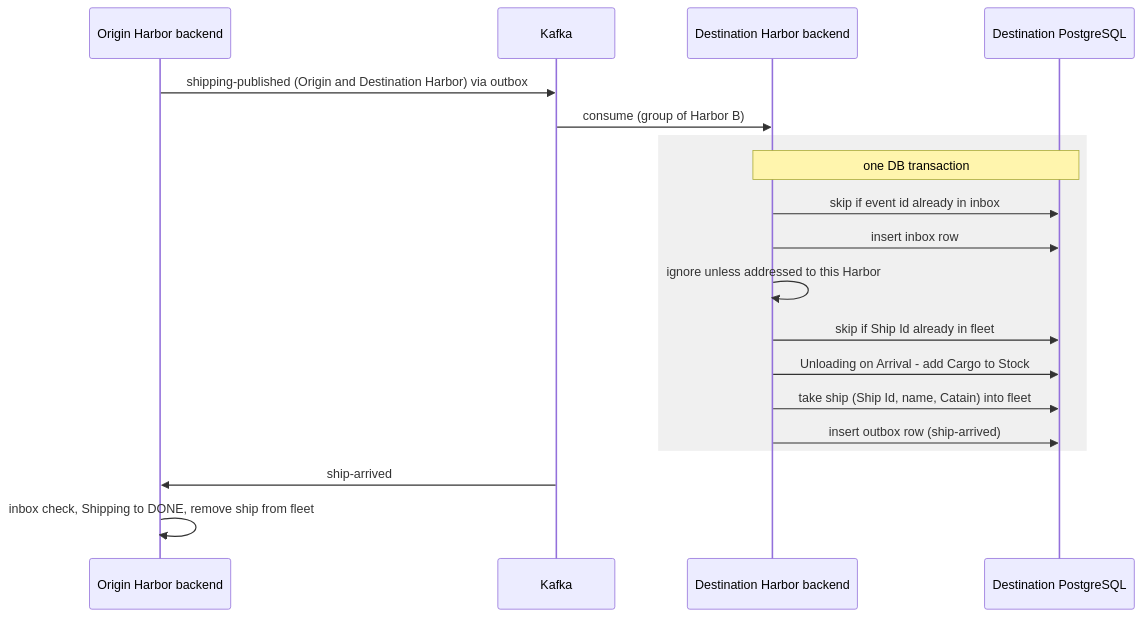
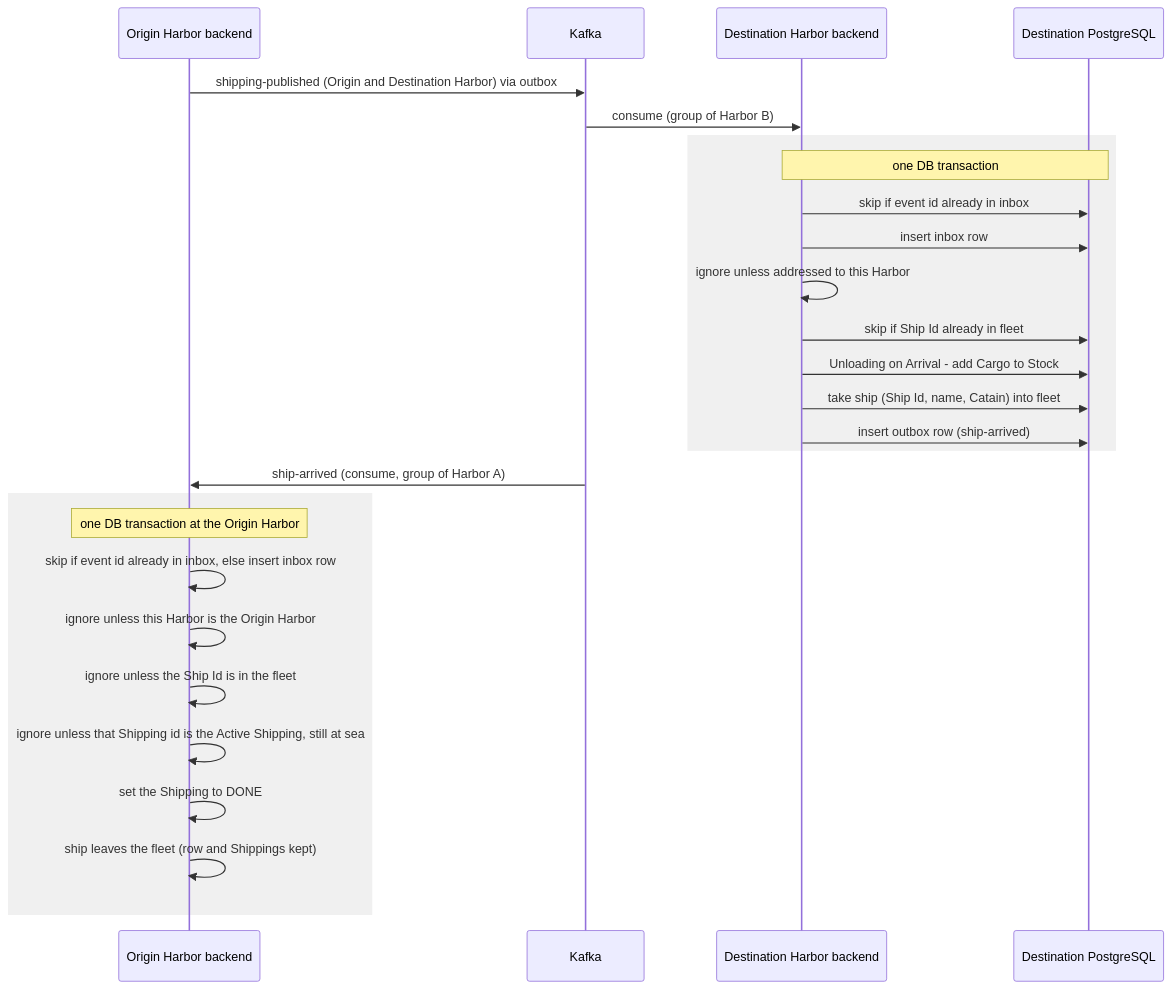
Before and after one commit to maurizio100/ddd-ship: the fourth of 5 diagrams in docs/arc42/06-runtime.md, drawn with Mermaid. The commit also changed other lines of this file and 3 other files, not shown here.

First line of the commit message:
docs: document the end of the voyage at the Origin Harbor

````diff
--- a/docs/arc42/06-runtime.md
+++ b/docs/arc42/06-runtime.md
@@ -79,21 +88,29 @@
 ```mermaid
 sequenceDiagram
     participant A as Origin Harbor backend
     participant K as Kafka
     participant B as Destination Harbor backend
     participant DBB as Destination PostgreSQL
     A->>K: shipping-published (Origin and Destination Harbor) via outbox
     K->>B: consume (group of Harbor B)
     rect rgb(240,240,240)
     Note over B,DBB: one DB transaction
     B->>DBB: skip if event id already in inbox
     B->>DBB: insert inbox row
     B->>B: ignore unless addressed to this Harbor
     B->>DBB: skip if Ship Id already in fleet
     B->>DBB: Unloading on Arrival - add Cargo to Stock
     B->>DBB: take ship (Ship Id, name, Catain) into fleet
     B->>DBB: insert outbox row (ship-arrived)
     end
-    K->>A: ship-arrived
-    A->>A: inbox check, Shipping to DONE, remove ship from fleet
+    K->>A: ship-arrived (consume, group of Harbor A)
+    rect rgb(240,240,240)
+    Note over A: one DB transaction at the Origin Harbor
+    A->>A: skip if event id already in inbox, else insert inbox row
+    A->>A: ignore unless this Harbor is the Origin Harbor
+    A->>A: ignore unless the Ship Id is in the fleet
+    A->>A: ignore unless that Shipping id is the Active Shipping, still at sea
+    A->>A: set the Shipping to DONE
+    A->>A: ship leaves the fleet (row and Shippings kept)
+    end
 ```
````
